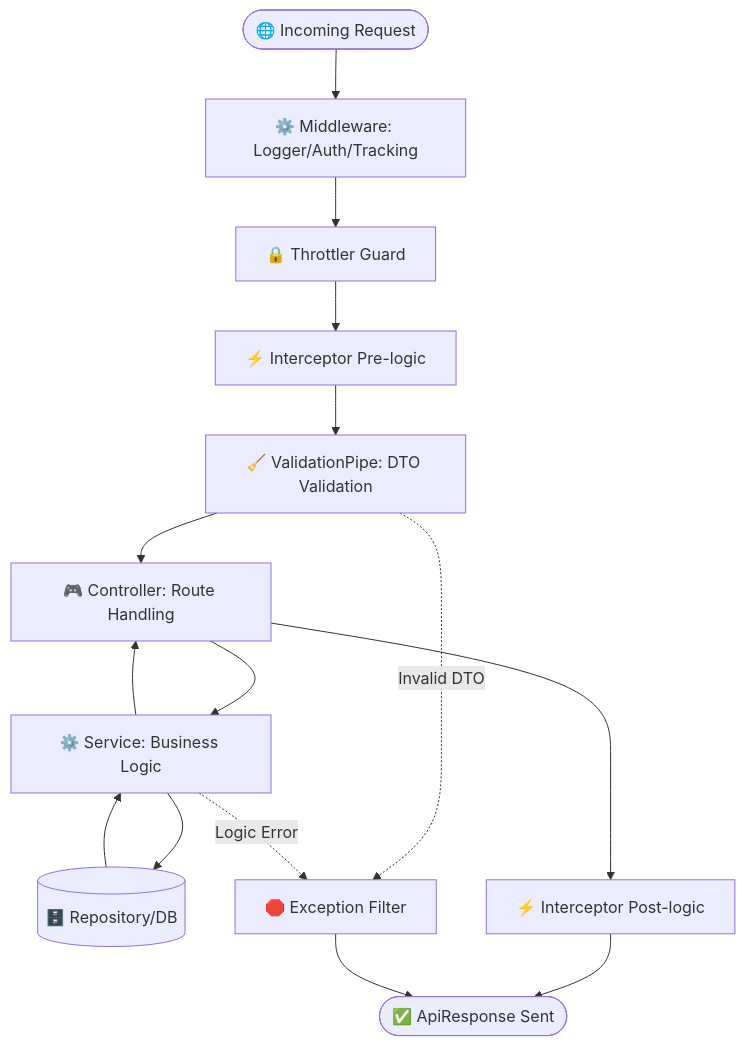
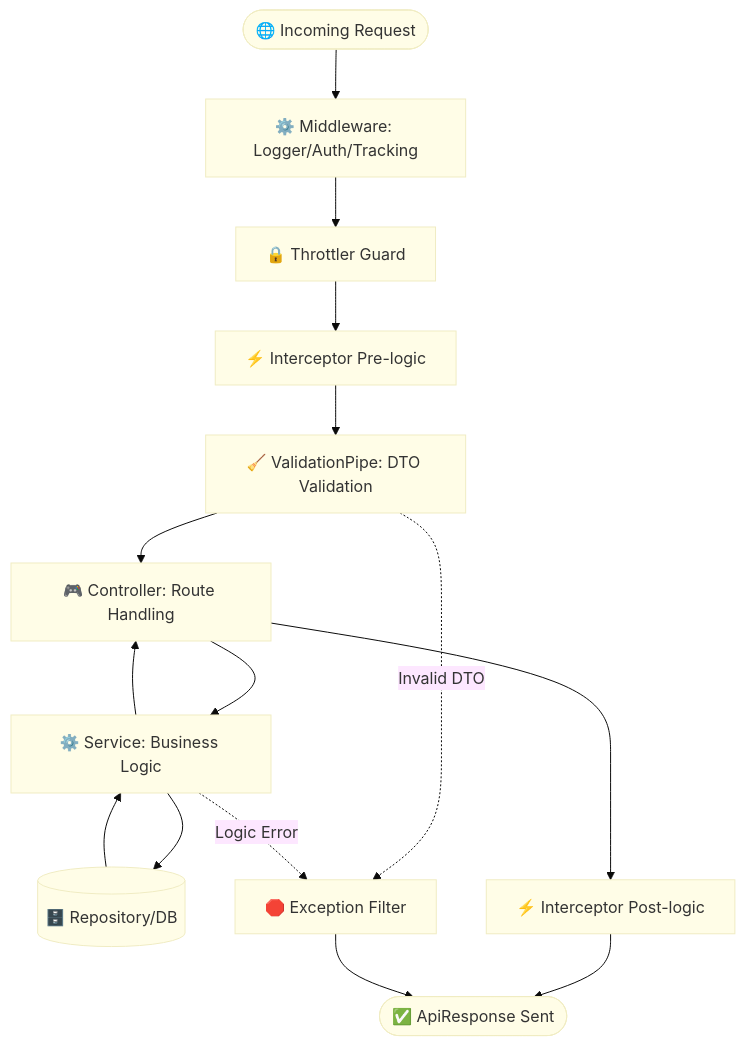
Before and after one commit to alvianzf/introduction-to-nest: the fifth of 5 diagrams in CODEBASE_ANALYSIS.md, drawn with Mermaid. The commit also changed other lines of this file and 2 other files, not shown here.

Commit message:
Enhance documentation visuals: Brighten Mermaid diagrams for better visibility

````diff
--- a/CODEBASE_ANALYSIS.md
+++ b/CODEBASE_ANALYSIS.md
@@ -80,19 +84,20 @@
 ```mermaid
+%%{init: {'theme': 'base', 'themeVariables': { 'primaryColor': '#fffde7', 'edgeColor': '#fbc02d', 'tertiaryColor': '#e0f7fa'}}}%%
 graph TD
     Request([🌐 Incoming Request]) --> Middleware[⚙️ Middleware: Logger/Auth/Tracking]
     Middleware --> Guard[🔒 Throttler Guard]
     Guard --> Interceptor_Pre[⚡ Interceptor Pre-logic]
     Interceptor_Pre --> Pipe[🧹 ValidationPipe: DTO Validation]
     Pipe --> Controller[🎮 Controller: Route Handling]
     Controller --> Service[⚙️ Service: Business Logic]
     Service --> Repo[(🗄️ Repository/DB)]
     Repo --> Service
     Service --> Controller
     Controller --> Interceptor_Post[⚡ Interceptor Post-logic]
     Interceptor_Post --> Response([✅ ApiResponse Sent])
     
     %% Error Path
     Pipe -. Invalid DTO .-> Filter[🛑 Exception Filter]
     Service -. Logic Error .-> Filter
     Filter --> Response
 ```
````
